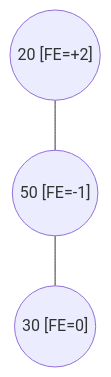
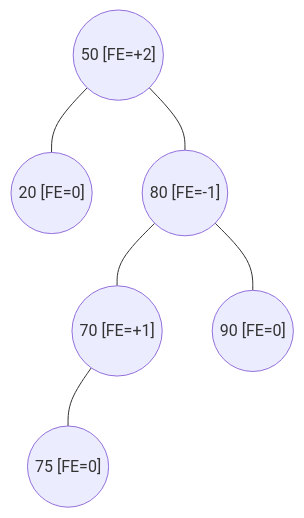
Before and after one commit to frijolitobandido/Guia_Matematica_Discreta: diagram 30 of 34 in 03-arboles.md, drawn with Mermaid. The commit also changed other lines of this file, not shown here.

````diff
--- a/03-arboles.md
+++ b/03-arboles.md
@@ -683,5 +748,11 @@
 ```mermaid
 graph TD
-    k1(("20 [FE=+2]")) --- k2(("50 [FE=-1]"))
-    k2 --- k3(("30 [FE=0]"))
+    k1(("50 [FE=+2]")) --- k2(("20 [FE=0]"))
+    k1 --- k3(("80 [FE=-1]"))
+    k3 --- k4(("70 [FE=+1]"))
+    k3 --- k5(("90 [FE=0]"))
+    k4 --- k6(("75 [FE=0]"))
+    k4 ~~~ sp1(( )):::invisible
+
+    classDef invisible fill:none,stroke:none
 ```
````
